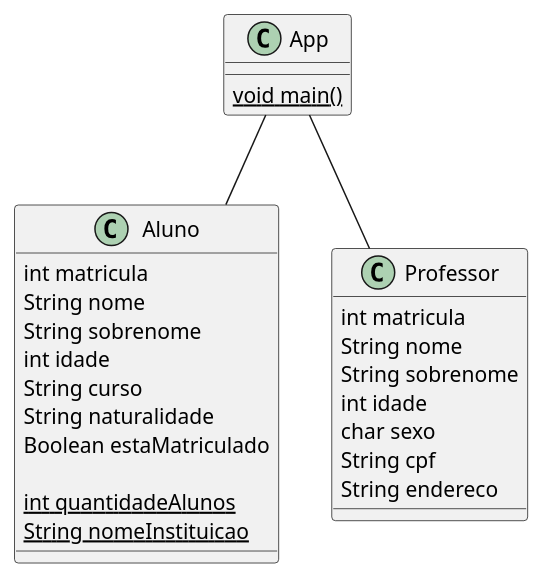
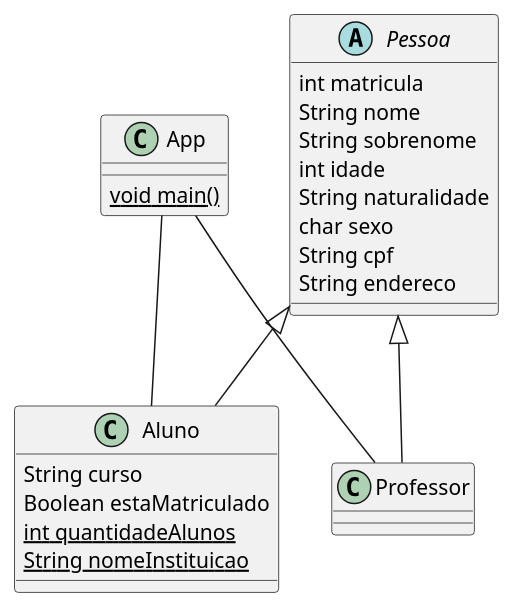
The diagram in diagramas/DiagramaClasse.wsd (diegoarmandoo/academico-api), drawn with PlantUML before and after one commit. The commit also changed 1 other file, not shown here.

Commit message:
refactor:(Diagramas): representar a herança entre Aluno e Professor
- Classe Abstrata Pessoa
- Associação Estrutural entre Pessoa (superclasse) e Aluno e Professor (subclasses)

```diff
--- a/diagramas/DiagramaClasse.wsd
+++ b/diagramas/DiagramaClasse.wsd
@@ -1,33 +1,36 @@
 @startuml Academico
 
     Class App {
         {static} void main()
     }
 
-    Class Aluno {
+    abstract Class Pessoa {
         int matricula
         String nome
         String sobrenome
-        int idade 
+        int idade
+        String naturalidade
+        char sexo
+        String cpf
+        String endereco
+
+    }
+
+    Class Aluno {
         String curso 
-        String naturalidade
         Boolean estaMatriculado
-
         {static} int quantidadeAlunos
         {static} String nomeInstituicao
     }
 
     Class Professor {
-        int matricula
-        String nome
-        String sobrenome
-        int idade 
-        char sexo 
-        String cpf
-        String endereco
+        
     }
 
     App -- Aluno
     App -- Professor
 
+    Pessoa <|-- Aluno
+    Pessoa <|-- Professor
+
 @enduml
```
